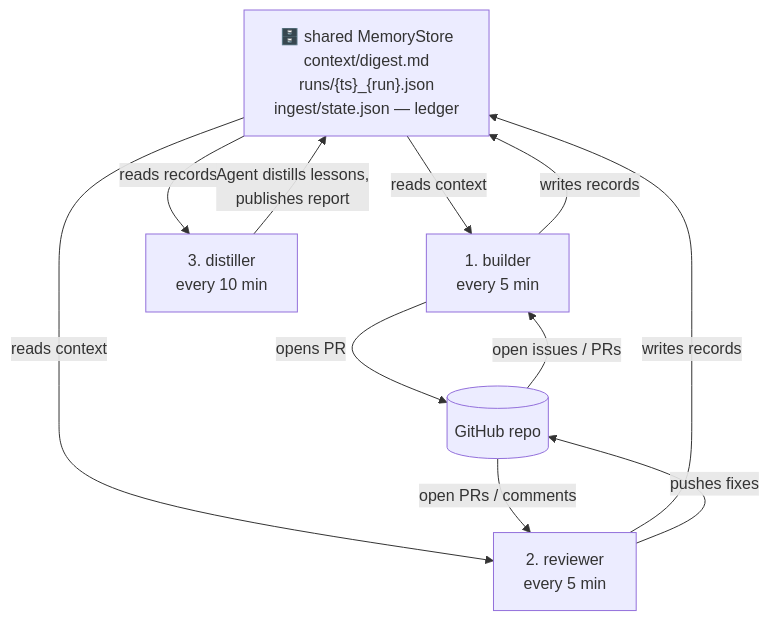
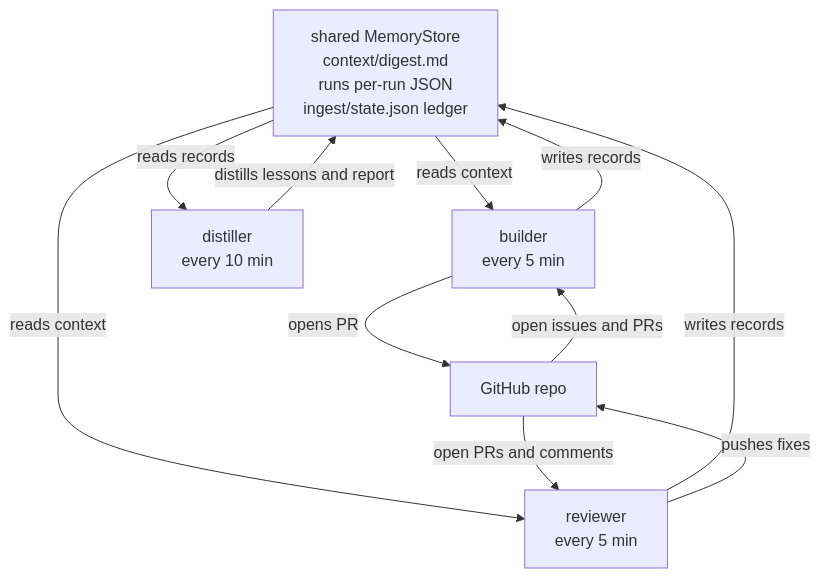
The diagram in docs/architecture.md (unionai-oss/flyte-agent-loop), drawn with Mermaid before and after one commit. The commit also changed other lines of this file and 13 other files, not shown here.

````diff
--- a/docs/architecture.md
+++ b/docs/architecture.md
@@ -7,21 +7,21 @@
 ```mermaid
 flowchart TD
-    mem["🗄️ shared MemoryStore<br/>context/digest.md<br/>runs/{ts}_{run}.json<br/>ingest/state.json — ledger"]
-    issue["1. builder<br/>every 5 min"]
-    review["2. reviewer<br/>every 5 min"]
-    distiller["3. distiller<br/>every 10 min"]
-    repo[("GitHub repo")]
+    mem["shared MemoryStore<br/>context/digest.md<br/>runs per-run JSON<br/>ingest/state.json ledger"]
+    builder["builder<br/>every 5 min"]
+    reviewer["reviewer<br/>every 5 min"]
+    distiller["distiller<br/>every 10 min"]
+    repo["GitHub repo"]
 
-    mem -->|reads context| issue
-    mem -->|reads context| review
-    issue -->|writes records| mem
-    review -->|writes records| mem
+    mem -->|reads context| builder
+    mem -->|reads context| reviewer
+    builder -->|writes records| mem
+    reviewer -->|writes records| mem
 
-    repo -->|open issues / PRs| issue
-    repo -->|open PRs / comments| review
-    issue -->|opens PR| repo
-    review -->|pushes fixes| repo
+    repo -->|open issues and PRs| builder
+    repo -->|open PRs and comments| reviewer
+    builder -->|opens PR| repo
+    reviewer -->|pushes fixes| repo
 
     mem -->|reads records| distiller
-    distiller -->|"Agent distills lessons,<br/>publishes report"| mem
+    distiller -->|distills lessons and report| mem
 ```
````
